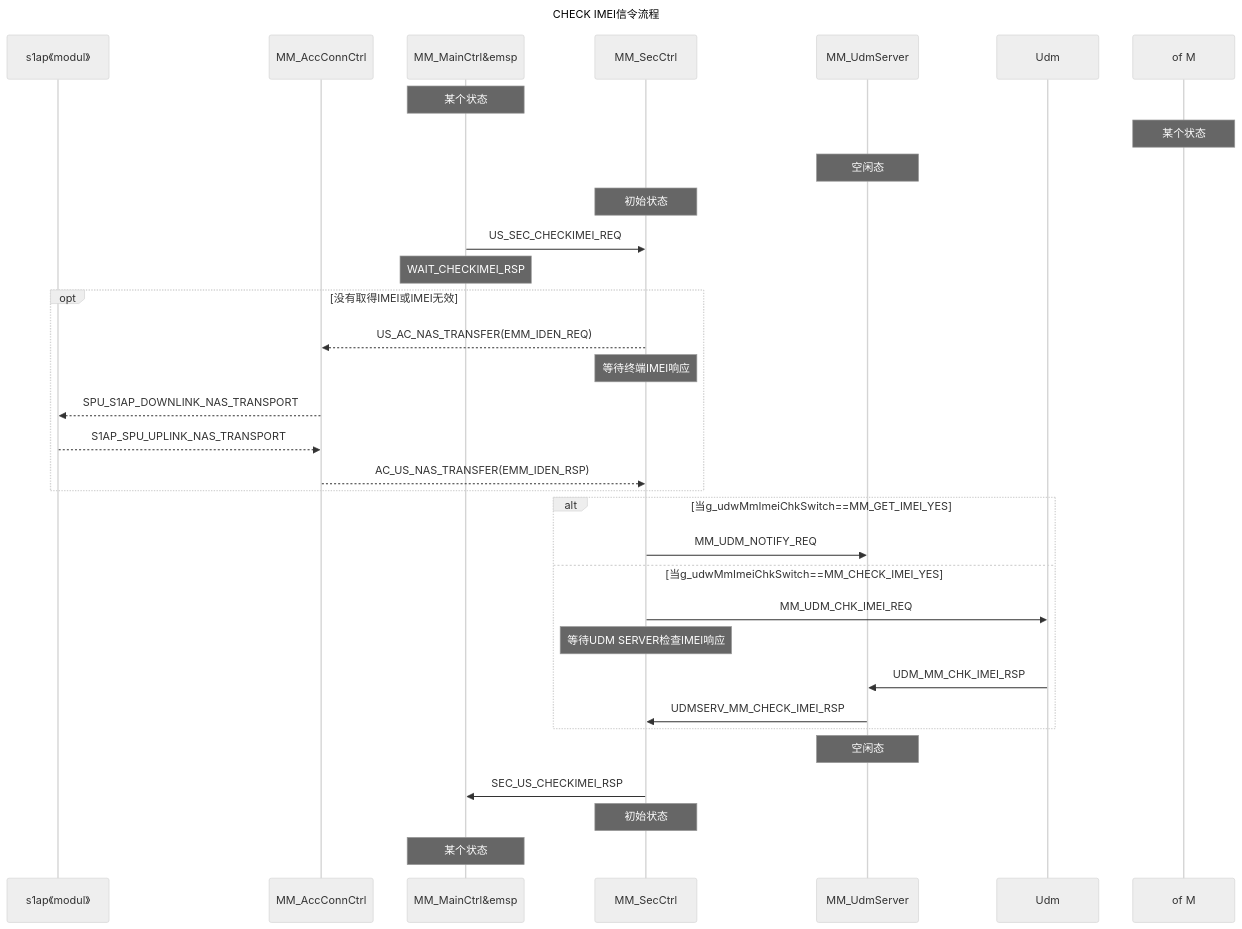
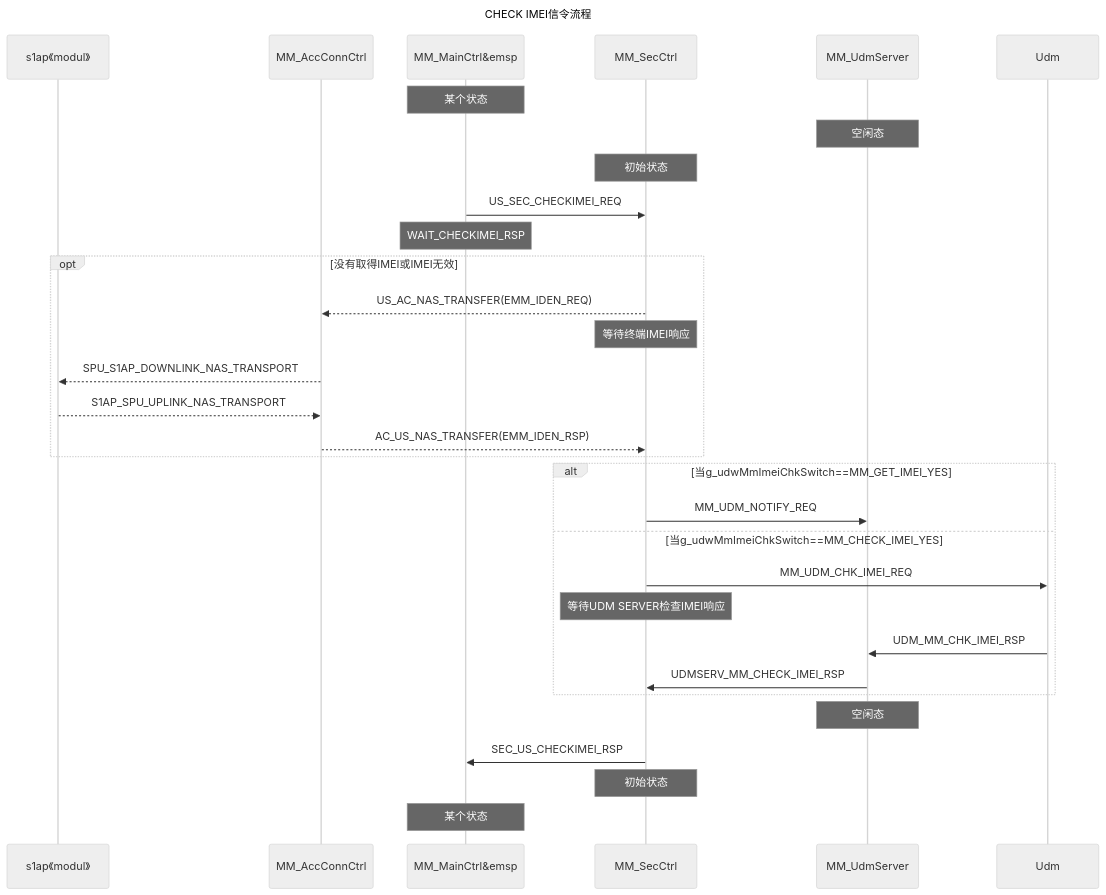
The third of 3 diagrams in 4G/SMC与CHECK EMEI.md (liao20081228/blog), drawn with Mermaid (neutral theme) before and after one commit.

Commit message:
更新文件 /4G/SMC与CHECK EMEI.md

````diff
--- a/4G/SMC与CHECK EMEI.md
+++ b/4G/SMC与CHECK EMEI.md
@@ -89,40 +89,39 @@
 ```mermaid!
 sequenceDiagram
 
 title: CHECK IMEI信令流程
 participant s1 as s1ap《modul》
 participant A as MM_AccConnCtrl
 participant M as MM_MainCtrl&emsp;
 participant S as MM_SecCtrl
 participant US as MM_UdmServer
 participant U as Udm
 note over M: 某个状态
-note over of M:某个状态
 note over US:空闲态
 note over S: 初始状态
 M->>S:US_SEC_CHECKIMEI_REQ
 note over M:WAIT_CHECKIMEI_RSP
 opt 没有取得IMEI或IMEI无效
 S-->>A:US_AC_NAS_TRANSFER(EMM_IDEN_REQ)
 note over S:等待终端IMEI响应
 A-->>s1:SPU_S1AP_DOWNLINK_NAS_TRANSPORT
 s1-->>A:S1AP_SPU_UPLINK_NAS_TRANSPORT
 A-->>S:AC_US_NAS_TRANSFER(EMM_IDEN_RSP)
 end
 
 alt 当g_udwMmImeiChkSwitch==MM_GET_IMEI_YES
 S->>US:MM_UDM_NOTIFY_REQ
 
 else 当g_udwMmImeiChkSwitch==MM_CHECK_IMEI_YES
 S->>U:MM_UDM_CHK_IMEI_REQ
 note over S:等待UDM SERVER检查IMEI响应
 U->>US:UDM_MM_CHK_IMEI_RSP
 US->>S:UDMSERV_MM_CHECK_IMEI_RSP
 end
 note over US:空闲态
 S->>M:SEC_US_CHECKIMEI_RSP
 note over S:初始状态
 note over M:某个状态
 
 
 ```
````
